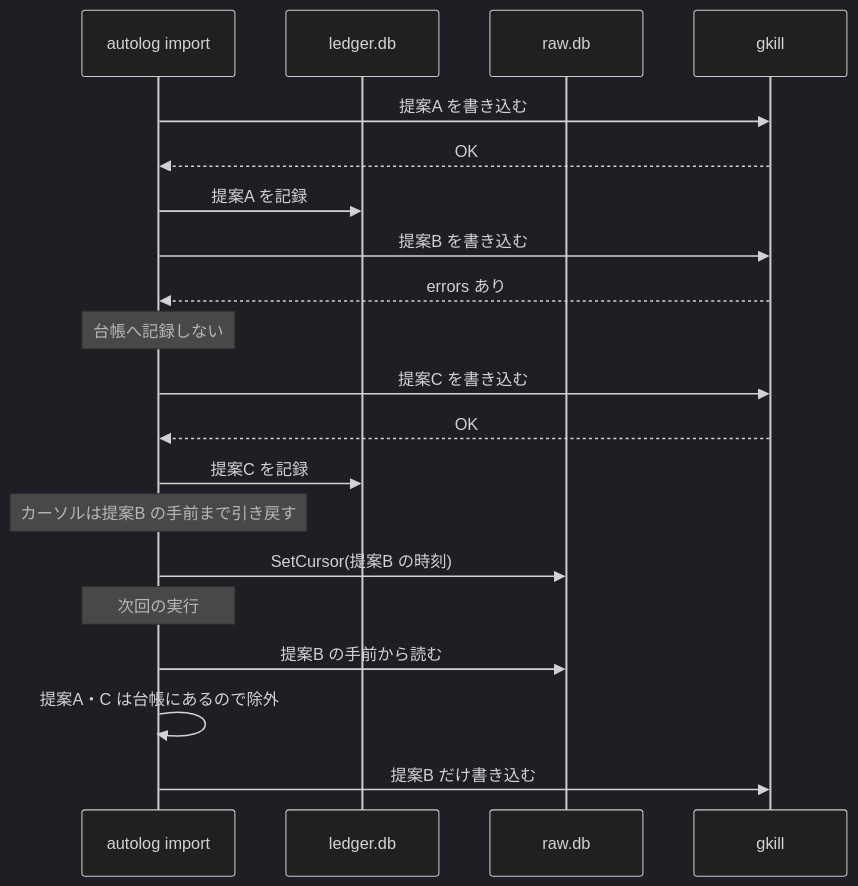
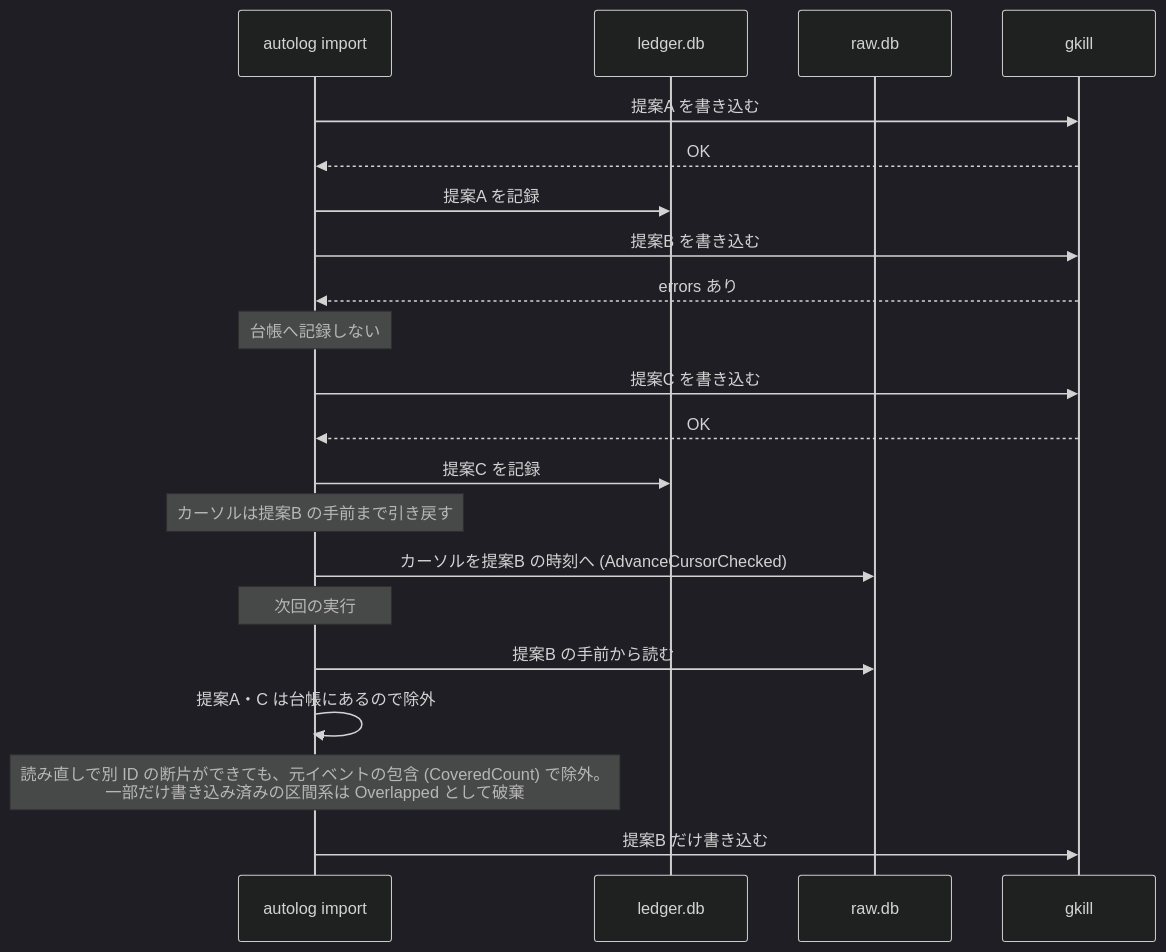
Before and after one commit to mt3hr/gkill_autolog: the fifth of 6 diagrams in documents/reverse/sequence-diagrams.md, drawn with Mermaid (dark theme). The commit also changed other lines of this file and 12 other files, not shown here.

````diff
--- a/documents/reverse/sequence-diagrams.md
+++ b/documents/reverse/sequence-diagrams.md
@@ -137,27 +140,28 @@
 ```mermaid
 sequenceDiagram
     participant I as autolog import
     participant L as ledger.db
     participant R as raw.db
     participant G as gkill
 
     I->>G: 提案A を書き込む
     G-->>I: OK
     I->>L: 提案A を記録
 
     I->>G: 提案B を書き込む
     G-->>I: errors あり
     Note over I: 台帳へ記録しない
 
     I->>G: 提案C を書き込む
     G-->>I: OK
     I->>L: 提案C を記録
 
     Note over I: カーソルは提案B の手前まで引き戻す
-    I->>R: SetCursor(提案B の時刻)
+    I->>R: カーソルを提案B の時刻へ (AdvanceCursorChecked)
 
     Note over I: 次回の実行
     I->>R: 提案B の手前から読む
     I->>I: 提案A・C は台帳にあるので除外
+    Note over I: 読み直しで別 ID の断片ができても、元イベントの包含 (CoveredCount) で除外。<br>一部だけ書き込み済みの区間系は Overlapped として破棄
     I->>G: 提案B だけ書き込む
 ```
````
